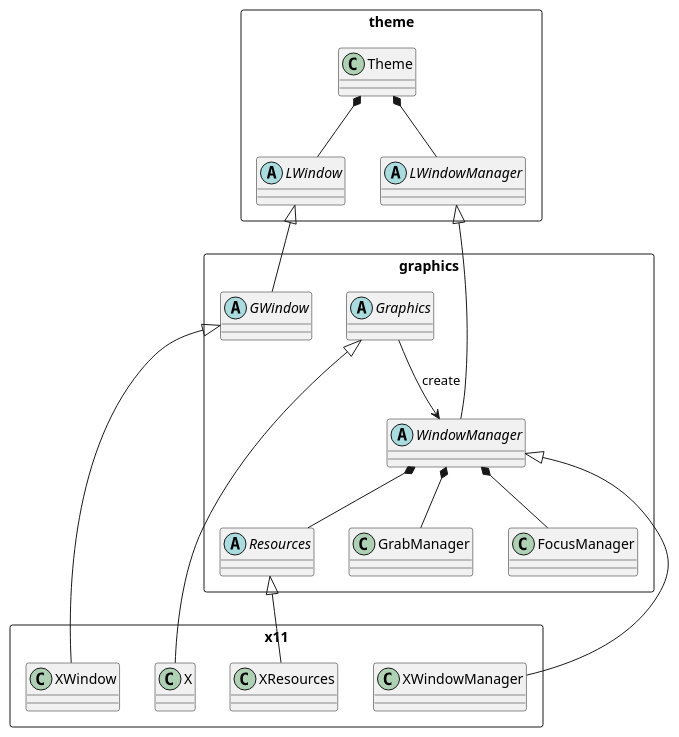
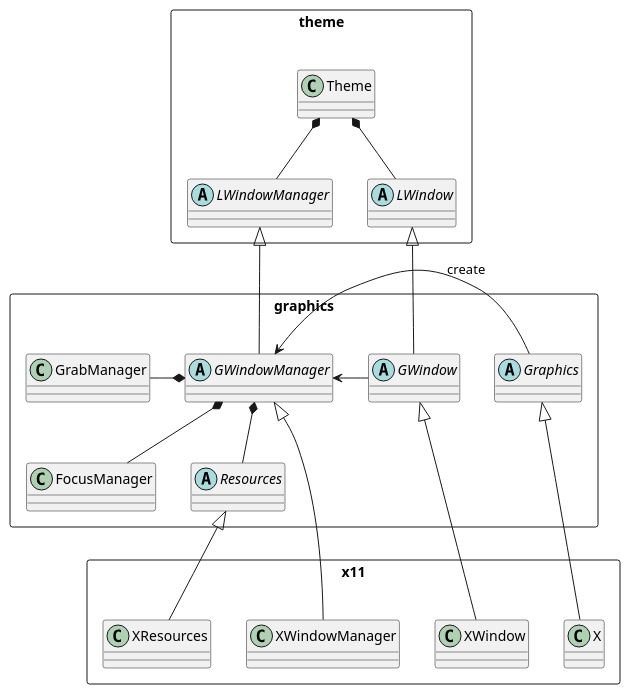
Before and after one commit to andrenho/customwm: the diagram in doc/classes.puml, drawn with PlantUML. The commit also changed 5 other files, not shown here.

```diff
--- a/doc/classes.puml
+++ b/doc/classes.puml
@@ -1,41 +1,43 @@
 @startuml
 
 rectangle theme {
     class Theme
     abstract class LWindow
     abstract class LWindowManager
     Theme *-- LWindow
     Theme *-- LWindowManager
 }
 
 rectangle graphics {
     abstract class Graphics
-    abstract class WindowManager
+    abstract class GWindowManager
     abstract class GWindow
     abstract class Resources
     class GrabManager
     class FocusManager
 
-    LWindowManager <|-- WindowManager
+    LWindowManager <|-- GWindowManager
     LWindow <|-- GWindow
 
-    WindowManager *-- GrabManager
-    WindowManager *-- FocusManager
-    WindowManager *-- Resources
+    GWindowManager *-left- GrabManager
+    GWindowManager *-- FocusManager
+    GWindowManager *-- Resources
 
-    Graphics --> WindowManager : create
+    GWindow -left-> GWindowManager
+
+    Graphics -left-> GWindowManager : create
 }
 
 rectangle x11 {
     class X
     class XWindowManager
     class XWindow
     class XResources
 
     Graphics <|-- X
-    WindowManager <|-- XWindowManager
+    GWindowManager <|-- XWindowManager
     GWindow <|-- XWindow
     Resources <|-- XResources
 }
 
 @enduml
```
